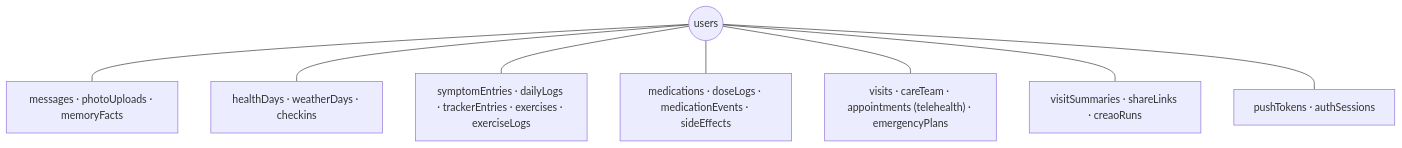
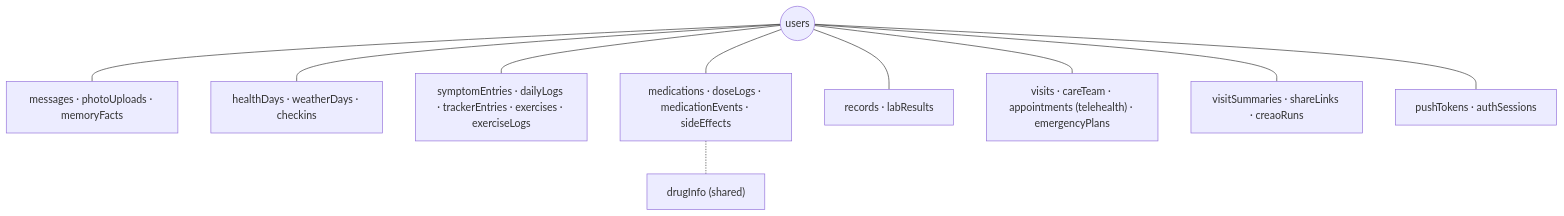
One commit to johnandrian/wellnest changed the third of 4 diagrams in README.md. Above: the diagram before and after it, drawn with Mermaid. The commit also changed other lines of this file and 53 other files, not shown here.

Commit message:
feat: add dark mode and text size, health records that explain lab reports, and medication safety with label scans, interaction checks and missed-dose nudges

````diff
--- a/README.md
+++ b/README.md
@@ -86,11 +87,13 @@
 ```mermaid
 flowchart TB
   users(("users"))
   users --- chat["messages · photoUploads · memoryFacts"]
   users --- health["healthDays · weatherDays · checkins"]
   users --- journal["symptomEntries · dailyLogs · trackerEntries · exercises · exerciseLogs"]
   users --- meds["medications · doseLogs · medicationEvents · sideEffects"]
+  users --- records["records · labResults"]
+  meds -.- drugInfo["drugInfo (shared)"]
   users --- care["visits · careTeam · appointments (telehealth) · emergencyPlans"]
   users --- out["visitSummaries · shareLinks · creaoRuns"]
   users --- devices["pushTokens · authSessions"]
 ```
````
